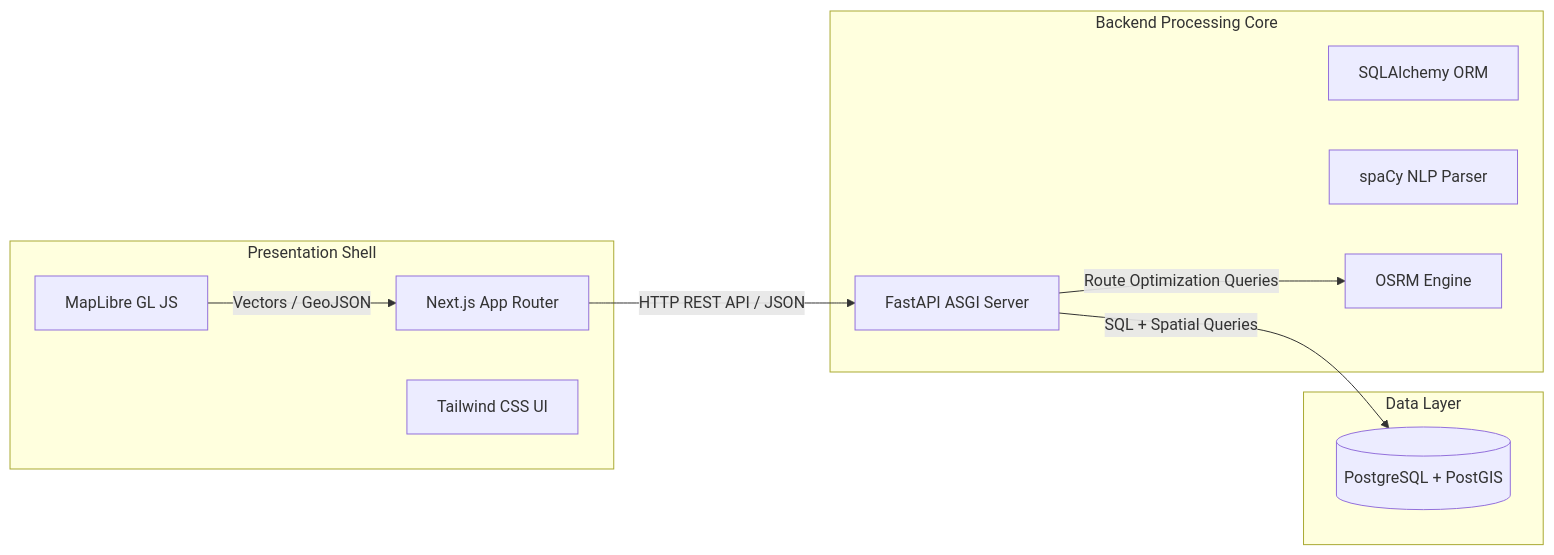
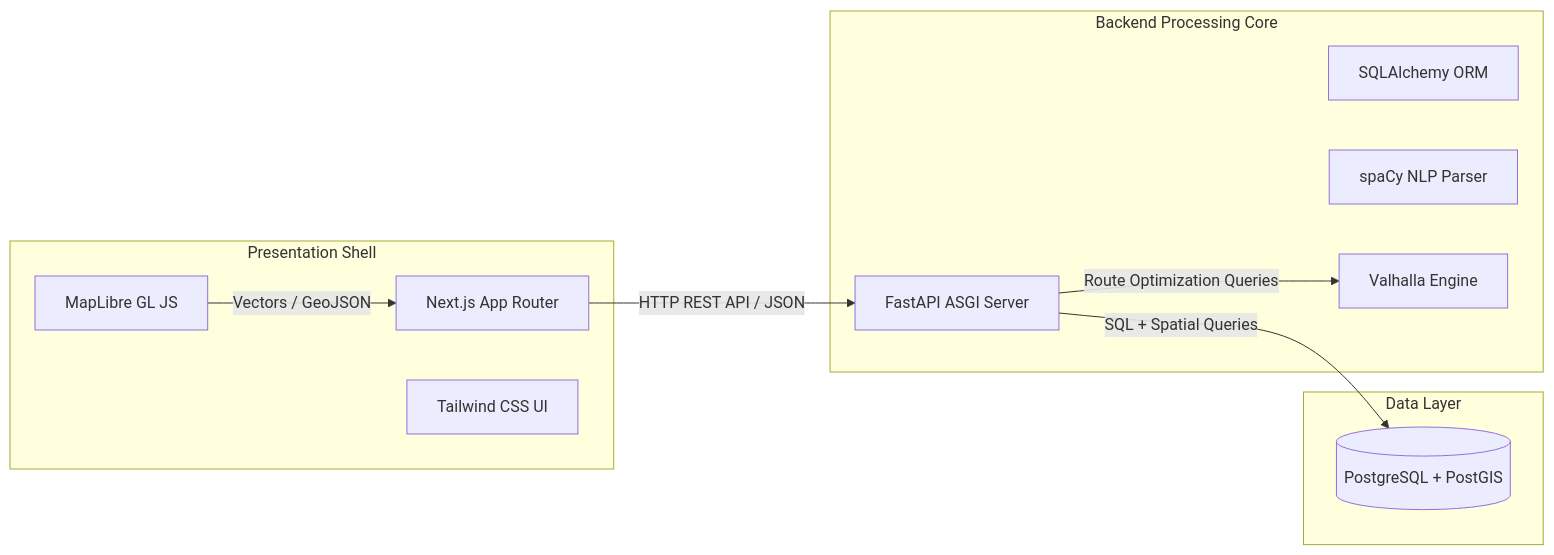
One commit to roicambe/LANES changed the first of 4 diagrams in DESIGN.md. Above: the diagram before and after it, drawn with Mermaid. The commit also changed other lines of this file and 21 other files, not shown here.

````diff
--- a/DESIGN.md
+++ b/DESIGN.md
@@ -15,25 +15,25 @@
 ```mermaid
 graph LR
     subgraph Client Tier [Presentation Shell]
         NextJS[Next.js App Router]
         Tailwind[Tailwind CSS UI]
         MapLibre[MapLibre GL JS]
     end
 
     subgraph Service Tier [Backend Processing Core]
         FastAPI[FastAPI ASGI Server]
         SQLAlchemy[SQLAlchemy ORM]
         spaCy[spaCy NLP Parser]
-        OSRM[OSRM Engine]
+        Valhalla[Valhalla Engine]
     end
 
     subgraph Persistence Tier [Data Layer]
         PostGIS[(PostgreSQL + PostGIS)]
     end
 
     %% Interactions
     NextJS -- HTTP REST API / JSON --> FastAPI
     MapLibre -- Vectors / GeoJSON --> NextJS
     FastAPI -- SQL + Spatial Queries --> PostGIS
-    FastAPI -- Route Optimization Queries --> OSRM
+    FastAPI -- Route Optimization Queries --> Valhalla
 ```
````
